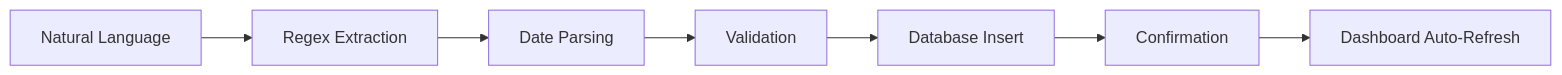
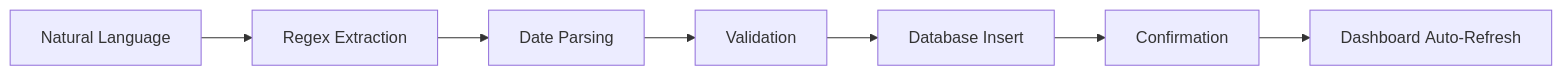
Before and after one commit to chaitanyasaiyerra/Musuem-chatbot: the third of 5 diagrams in TECHNICAL_GUIDE.md, drawn with Mermaid. The commit also changed other lines of this file and 1 other file, not shown here.

Commit message:
docs: replace spaces with nbsp in mermaid diagrams to force single-line rendering

````diff
--- a/TECHNICAL_GUIDE.md
+++ b/TECHNICAL_GUIDE.md
@@ -210,9 +210,9 @@
 ```mermaid
 graph LR
-    A["Natural Language"] --> B["Regex Extraction"]
-    B --> C["Date Parsing"]
+    A["Natural&nbsp;Language"] --> B["Regex&nbsp;Extraction"]
+    B --> C["Date&nbsp;Parsing"]
     C --> D["Validation"]
-    D --> E["Database Insert"]
+    D --> E["Database&nbsp;Insert"]
     E --> F["Confirmation"]
-    F --> G["Dashboard Auto-Refresh"]
+    F --> G["Dashboard&nbsp;Auto-Refresh"]
 ```
````
